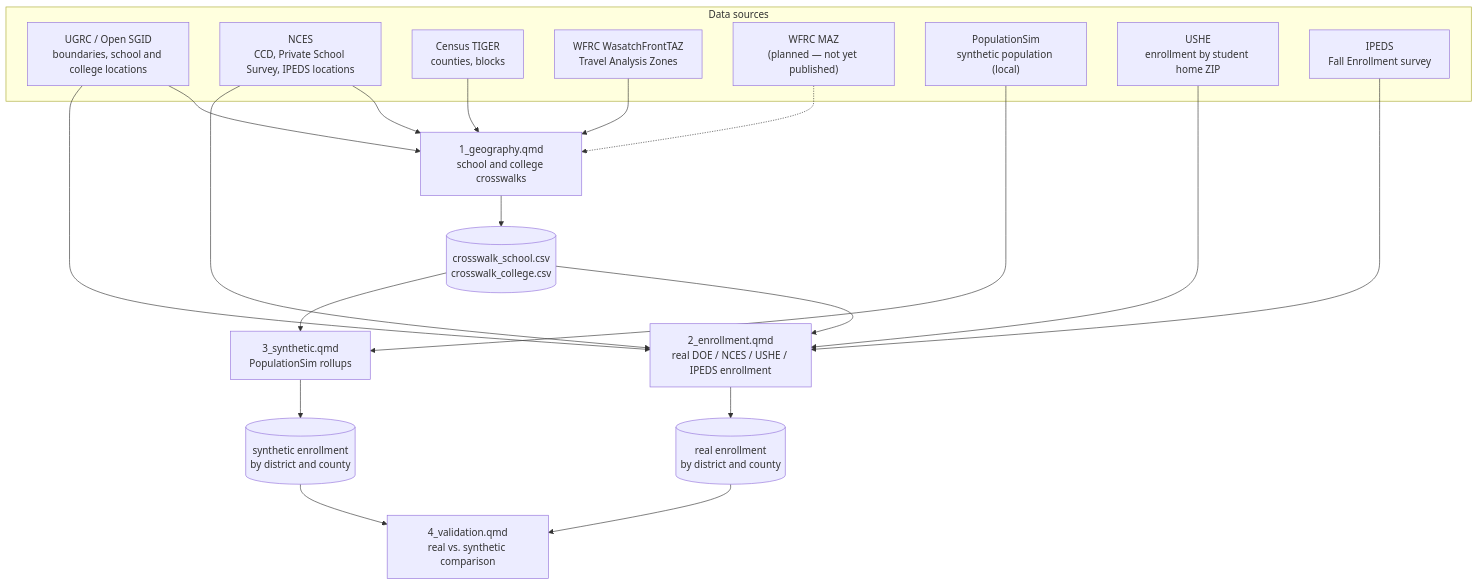
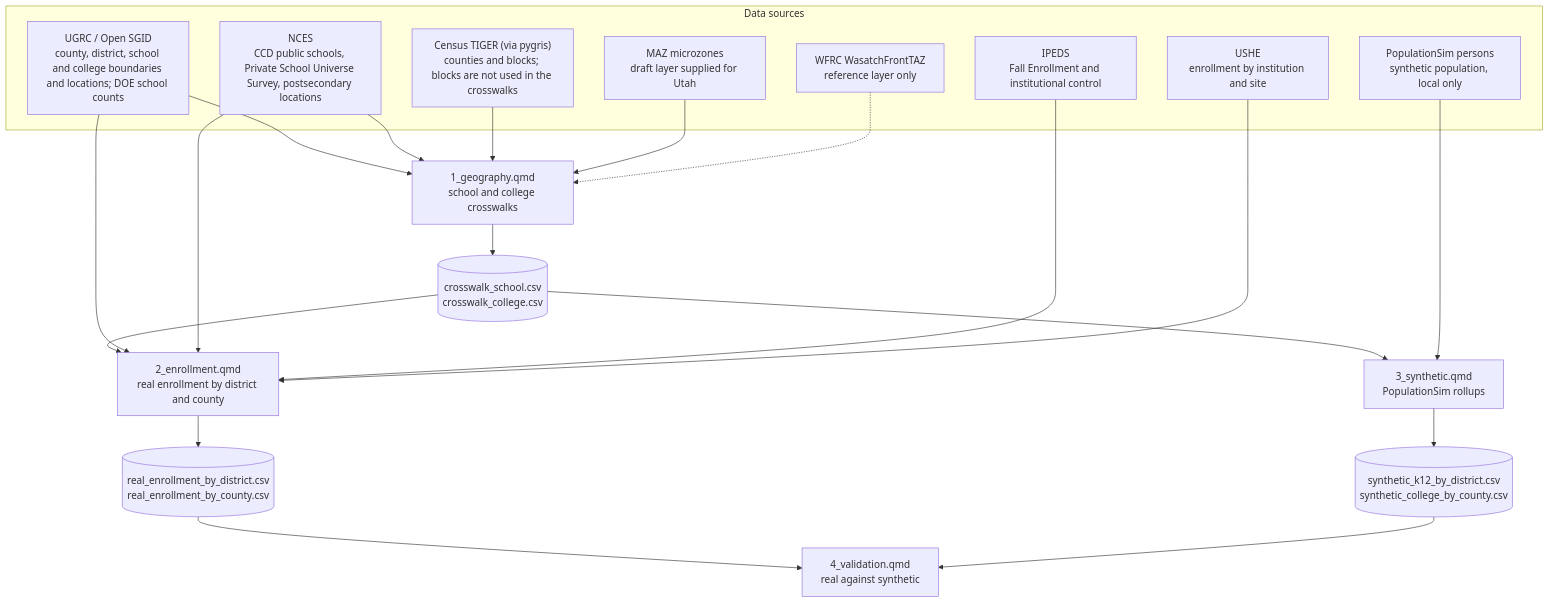
The diagram in index.qmd (WFRCAnalytics/TDM-VAL-SchoolCollegeEnrollment), drawn with Mermaid before and after one commit. The commit also changed other lines of this file and 16 other files, not shown here.

````diff
--- a/index.qmd
+++ b/index.qmd
@@ -18,35 +38,35 @@
 ```{mermaid}
 flowchart TD
     subgraph sources["Data sources"]
-        UGRC["UGRC / Open SGID\nboundaries, school and college locations"]
-        NCES["NCES\nCCD, Private School Survey, IPEDS locations"]
-        CENSUS["Census TIGER\ncounties, blocks"]
-        TAZSRC["WFRC WasatchFrontTAZ\nTravel Analysis Zones"]
-        MAZSRC["WFRC MAZ\n(planned — not yet published)"]
-        PSIM["PopulationSim\nsynthetic population (local)"]
-        USHE["USHE\nenrollment by student home ZIP"]
-        IPEDS["IPEDS\nFall Enrollment survey"]
+        UGRC["UGRC / Open SGID\ncounty, district, school and college boundaries and locations; DOE school counts"]
+        NCES["NCES\nCCD public schools, Private School Universe Survey, postsecondary locations"]
+        IPEDS["IPEDS\nFall Enrollment and institutional control"]
+        CENSUS["Census TIGER (via pygris)\ncounties and blocks; blocks are not used in the crosswalks"]
+        MAZSRC["MAZ microzones\ndraft layer supplied for Utah"]
+        TAZSRC["WFRC WasatchFrontTAZ\nreference layer only"]
+        USHE["USHE\nenrollment by institution and site"]
+        PSIM["PopulationSim persons\nsynthetic population, local only"]
     end
 
     UGRC --> GEO
     NCES --> GEO
     CENSUS --> GEO
-    TAZSRC --> GEO
-    MAZSRC -.-> GEO
+    MAZSRC --> GEO
+    TAZSRC -.-> GEO
     GEO["1_geography.qmd\nschool and college crosswalks"] --> XWALK[("crosswalk_school.csv\ncrosswalk_college.csv")]
 
     XWALK --> ENR
-    USHE --> ENR
-    IPEDS --> ENR
     UGRC --> ENR
     NCES --> ENR
-    ENR["2_enrollment.qmd\nreal DOE / NCES / USHE / IPEDS enrollment"] --> ENR_OUT[("real enrollment\nby district and county")]
+    IPEDS --> ENR
+    USHE --> ENR
+    ENR["2_enrollment.qmd\nreal enrollment by district and county"] --> ENR_OUT[("real_enrollment_by_district.csv\nreal_enrollment_by_county.csv")]
 
     XWALK --> SYN
     PSIM --> SYN
-    SYN["3_synthetic.qmd\nPopulationSim rollups"] --> SYN_OUT[("synthetic enrollment\nby district and county")]
+    SYN["3_synthetic.qmd\nPopulationSim rollups"] --> SYN_OUT[("synthetic_k12_by_district.csv\nsynthetic_college_by_county.csv")]
 
     ENR_OUT --> VAL
     SYN_OUT --> VAL
-    VAL["4_validation.qmd\nreal vs. synthetic comparison"]
+    VAL["4_validation.qmd\nreal against synthetic"]
 ```
````
